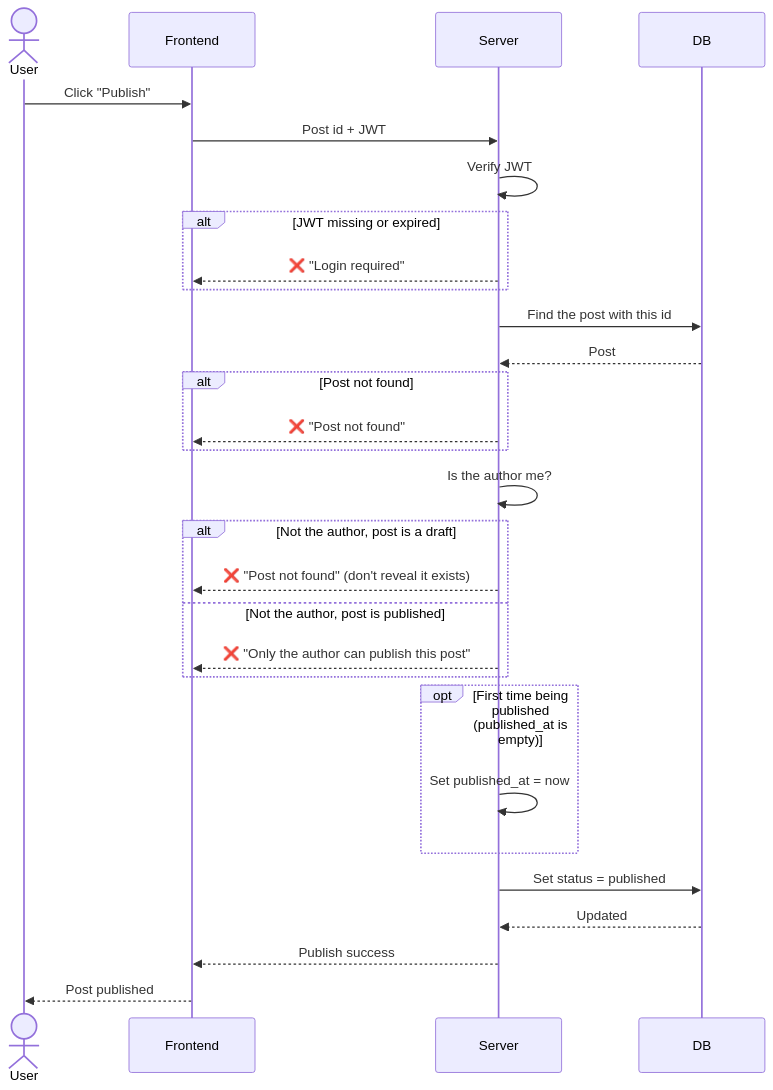
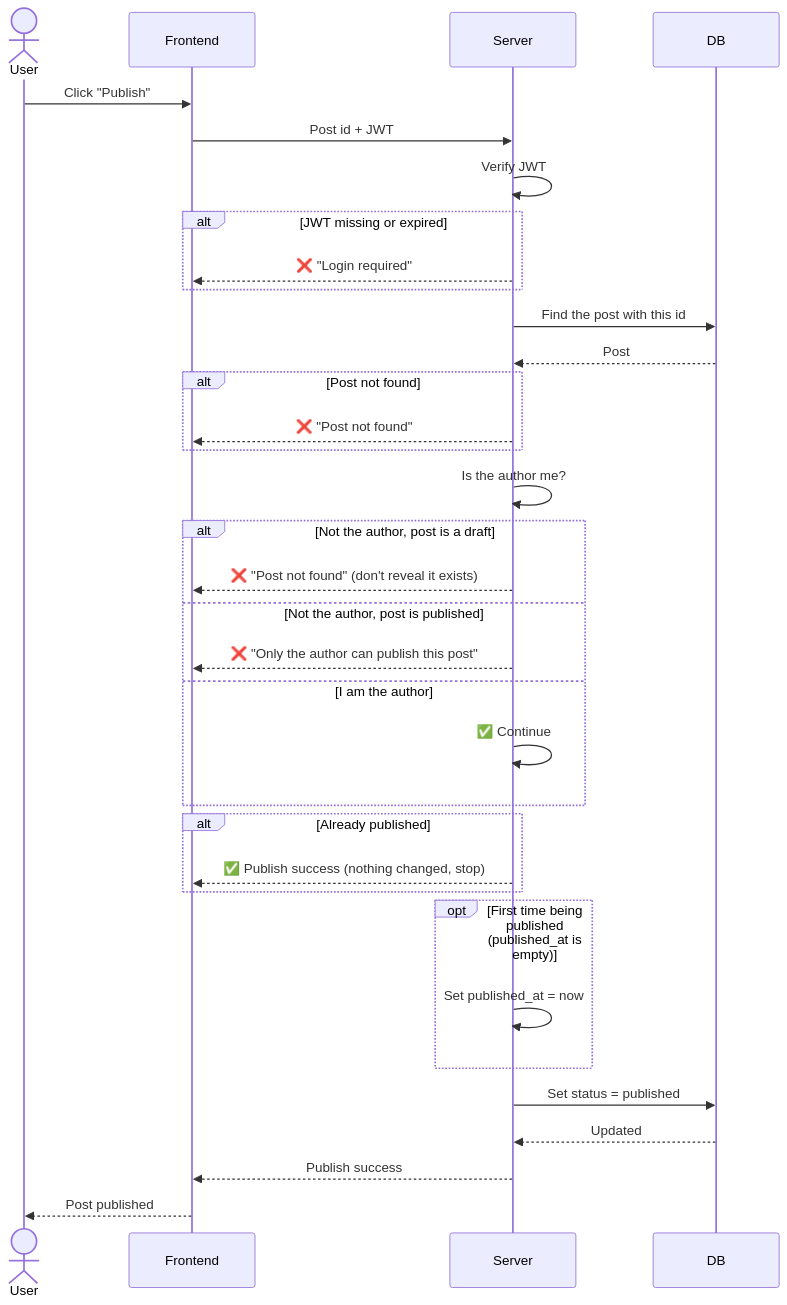
Before and after one commit to yhan0704/blogBackend: the sixth of 8 diagrams in docs/sequence-diagrams/post.md, drawn with Mermaid. The commit also changed other lines of this file and 4 other files, not shown here.

Commit message:
docs: author branch, idempotent publish/unpublish, unpublish diagram

````diff
--- a/docs/sequence-diagrams/post.md
+++ b/docs/sequence-diagrams/post.md
@@ -157,32 +161,37 @@
 ```mermaid
 sequenceDiagram
     actor User
     participant Frontend
     participant Server
     participant DB
 
     User->>Frontend: Click "Publish"
     Frontend->>Server: Post id + JWT
     Server->>Server: Verify JWT
     alt JWT missing or expired
         Server-->>Frontend: ❌ "Login required"
     end
     Server->>DB: Find the post with this id
     DB-->>Server: Post
     alt Post not found
         Server-->>Frontend: ❌ "Post not found"
     end
     Server->>Server: Is the author me?
     alt Not the author, post is a draft
         Server-->>Frontend: ❌ "Post not found" (don't reveal it exists)
     else Not the author, post is published
         Server-->>Frontend: ❌ "Only the author can publish this post"
+    else I am the author
+        Server->>Server: ✅ Continue
+    end
+    alt Already published
+        Server-->>Frontend: ✅ Publish success (nothing changed, stop)
     end
     opt First time being published (published_at is empty)
         Server->>Server: Set published_at = now
     end
     Server->>DB: Set status = published
     DB-->>Server: Updated
     Server-->>Frontend: Publish success
     Frontend-->>User: Post published
 ```
````
